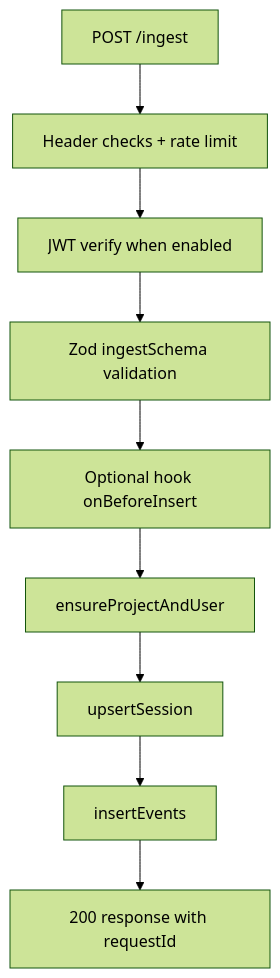
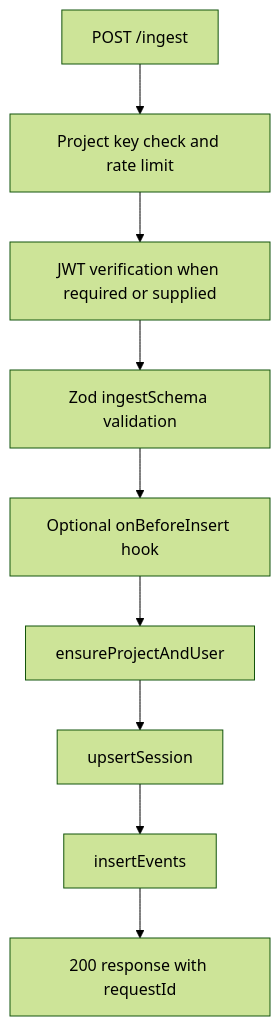
One commit to m-software-engineering/heat-tracker changed the diagram in packages/heat-collector/ARCHITECTURE.md. Above: the diagram before and after it, drawn with Mermaid (forest theme). The commit also changed other lines of this file and 1 other file, not shown here.

Commit message:
docs: fix architecture diagrams

````diff
--- a/packages/heat-collector/ARCHITECTURE.md
+++ b/packages/heat-collector/ARCHITECTURE.md
@@ -69,11 +70,11 @@
 ```mermaid
 flowchart TD
-  A[POST /ingest] --> B[Header checks + rate limit]
-  B --> C[JWT verify when enabled]
-  C --> D[Zod ingestSchema validation]
-  D --> E[Optional hook onBeforeInsert]
-  E --> F[ensureProjectAndUser]
-  F --> G[upsertSession]
-  G --> H[insertEvents]
-  H --> I[200 response with requestId]
+  ingest["POST /ingest"] --> headers["Project key check and rate limit"]
+  headers --> jwt["JWT verification when required or supplied"]
+  jwt --> validation["Zod ingestSchema validation"]
+  validation --> hook["Optional onBeforeInsert hook"]
+  hook --> projectUser["ensureProjectAndUser"]
+  projectUser --> session["upsertSession"]
+  session --> events["insertEvents"]
+  events --> response["200 response with requestId"]
 ```
````
